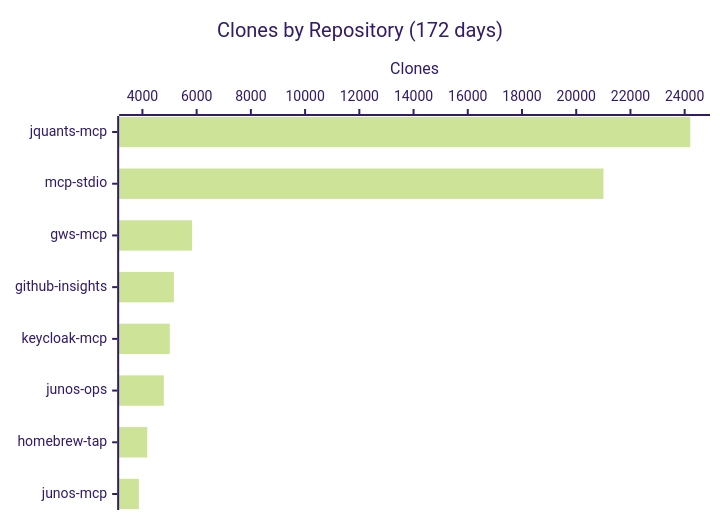
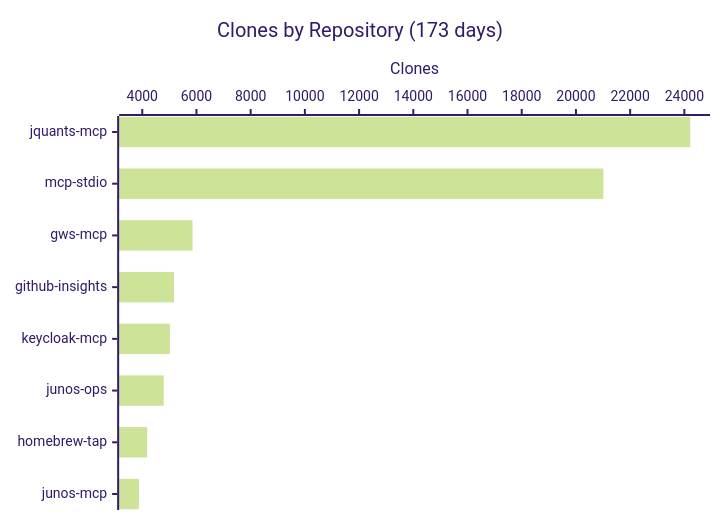
Before and after one commit to shigechika/github-insights: the fourth of 4 diagrams in README.md, drawn with Mermaid (forest theme). The commit also changed other lines of this file and 2 other files, not shown here.

````diff
--- a/README.md
+++ b/README.md
@@ -58,7 +58,7 @@
 ```mermaid
 xychart-beta horizontal
-    title "Clones by Repository (172 days)"
+    title "Clones by Repository (173 days)"
     x-axis ["jquants-mcp", "mcp-stdio", "gws-mcp", "github-insights", "keycloak-mcp", "junos-ops", "homebrew-tap", "junos-mcp"]
     y-axis "Clones"
-    bar [24206, 21004, 5831, 5160, 5011, 4789, 4179, 3870]
+    bar [24218, 21013, 5855, 5173, 5021, 4792, 4180, 3876]
 ```
````
